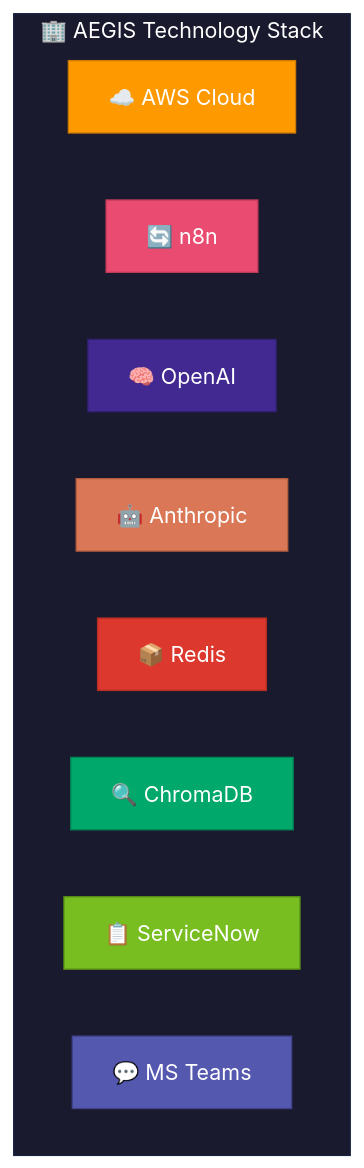
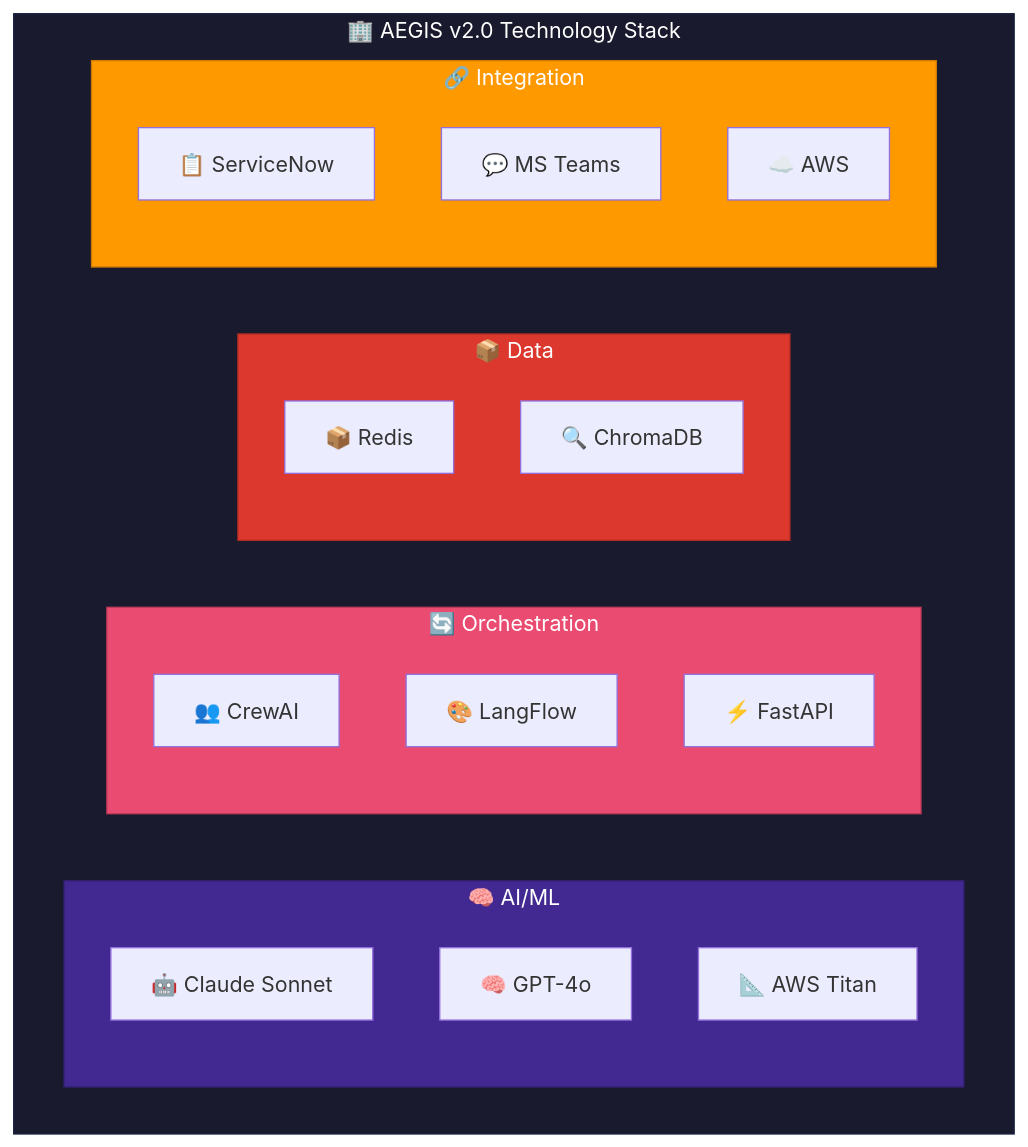
Before and after one commit to maniltns/AEGIS: the first of 7 diagrams in docs/architecture-diagrams.md, drawn with Mermaid. The commit also changed other lines of this file and 17 other files, not shown here.

Commit message:
feat: Implement AEGIS API with agent-based incident processing, governance, and associated tools and documentation.

````diff
--- a/docs/architecture-diagrams.md
+++ b/docs/architecture-diagrams.md
@@ -44,24 +34,35 @@
 ```mermaid
 graph TB
-    subgraph TECH["🏢 AEGIS Technology Stack"]
+    subgraph TECH["🏢 AEGIS v2.0 Technology Stack"]
         direction LR
-        T1["☁️ AWS Cloud"]
-        T2["🔄 n8n"]
-        T3["🧠 OpenAI"]
-        T4["🤖 Anthropic"]
-        T5["📦 Redis"]
-        T6["🔍 ChromaDB"]
-        T7["📋 ServiceNow"]
-        T8["💬 MS Teams"]
+        
+        subgraph AI["🧠 AI/ML"]
+            CLAUDE["🤖 Claude Sonnet"]
+            GPT["🧠 GPT-4o"]
+            TITAN["📐 AWS Titan"]
+        end
+        
+        subgraph ORCH["🔄 Orchestration"]
+            CREW["👥 CrewAI"]
+            LFLOW["🎨 LangFlow"]
+            FAPI["⚡ FastAPI"]
+        end
+        
+        subgraph DATA["📦 Data"]
+            REDIS["📦 Redis"]
+            CHROMA["🔍 ChromaDB"]
+        end
+        
+        subgraph INTEG["🔗 Integration"]
+            SNOW["📋 ServiceNow"]
+            TEAMS["💬 MS Teams"]
+            AWS["☁️ AWS"]
+        end
     end
     
     style TECH fill:#1a1a2e,stroke:#16213e,color:#fff
-    style T1 fill:#FF9900,stroke:#cc7a00,color:#fff
-    style T2 fill:#EA4B71,stroke:#c23a5a,color:#fff
-    style T3 fill:#412991,stroke:#31206d,color:#fff
-    style T4 fill:#D97757,stroke:#b85f42,color:#fff
-    style T5 fill:#DC382D,stroke:#b32d24,color:#fff
-    style T6 fill:#00A86B,stroke:#008555,color:#fff
-    style T7 fill:#78BE20,stroke:#5a9216,color:#fff
-    style T8 fill:#5558AF,stroke:#40428a,color:#fff
+    style AI fill:#412991,stroke:#31206d,color:#fff
+    style ORCH fill:#EA4B71,stroke:#c23a5a,color:#fff
+    style DATA fill:#DC382D,stroke:#b32d24,color:#fff
+    style INTEG fill:#FF9900,stroke:#cc7a00,color:#fff
 ```
````
